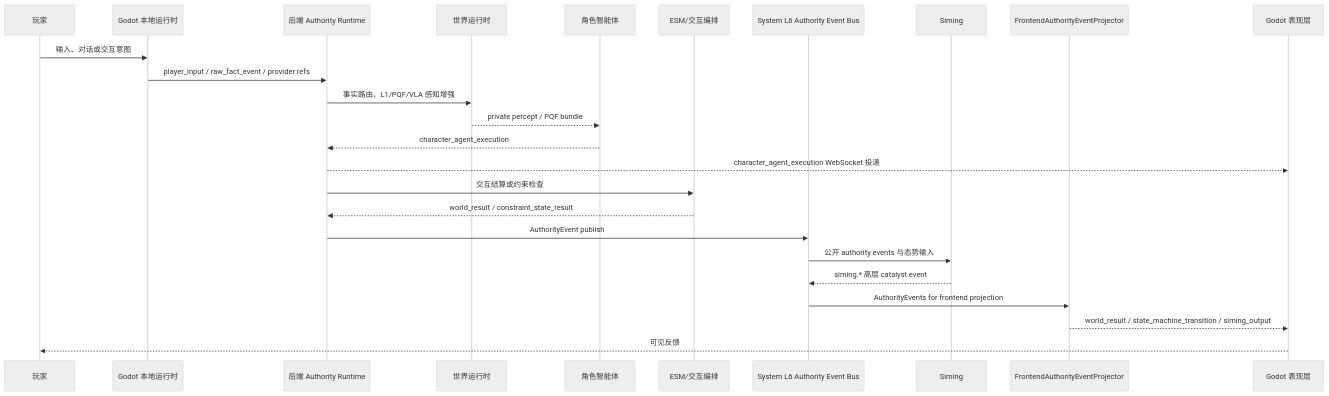
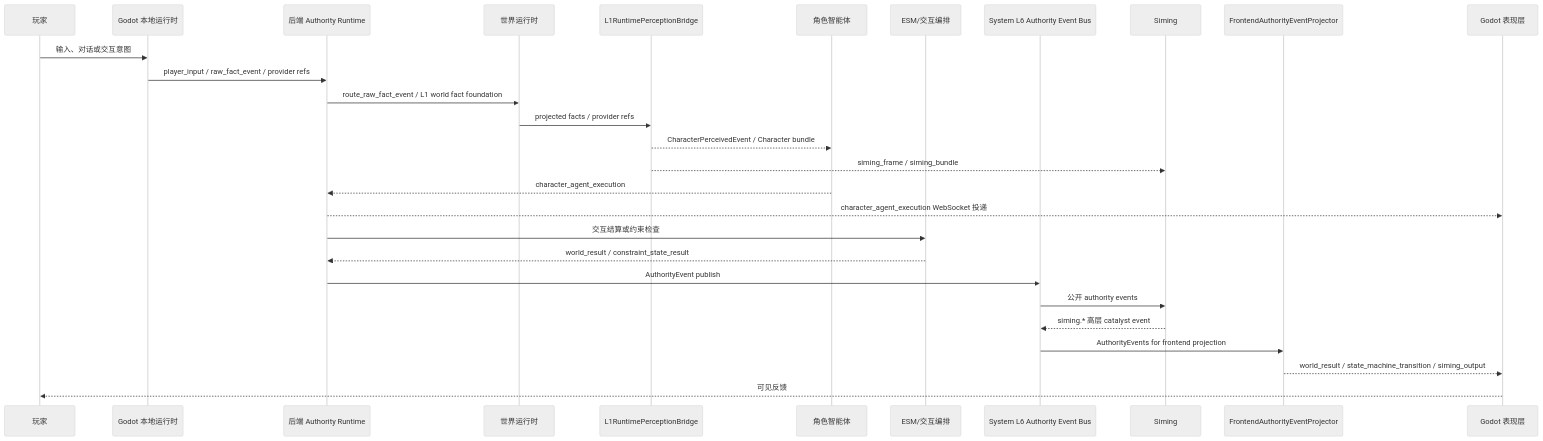
One commit to Dancing-coin/Paralls-phase0-1 changed the second of 3 diagrams in docs/架构/整体架构.md. Above: the diagram before and after it, drawn with Mermaid (neutral theme). The commit also changed other lines of this file and 3 other files, not shown here.

First line of the commit message:
Align the runtime architecture docs around the two-bridge model

````diff
--- a/docs/架构/整体架构.md
+++ b/docs/架构/整体架构.md
@@ -270,28 +282,31 @@
 ```mermaid
 sequenceDiagram
     participant Player as 玩家
     participant Godot as Godot 本地运行时
     participant Backend as 后端 Authority Runtime
     participant WorldRuntime as 世界运行时
+    participant L1Bridge as L1RuntimePerceptionBridge
     participant Character as 角色智能体
     participant ESM as ESM/交互编排
     participant L6 as System L6 Authority Event Bus
     participant Siming as Siming
     participant Projector as FrontendAuthorityEventProjector
     participant Presentation as Godot 表现层
 
     Player->>Godot: 输入、对话或交互意图
     Godot->>Backend: player_input / raw_fact_event / provider refs
-    Backend->>WorldRuntime: 事实路由、L1/PQF/VLA 感知增强
-    WorldRuntime-->>Character: private percept / PQF bundle
+    Backend->>WorldRuntime: route_raw_fact_event / L1 world fact foundation
+    WorldRuntime->>L1Bridge: projected facts / provider refs
+    L1Bridge-->>Character: CharacterPerceivedEvent / Character bundle
+    L1Bridge-->>Siming: siming_frame / siming_bundle
     Character-->>Backend: character_agent_execution
     Backend-->>Presentation: character_agent_execution WebSocket 投递
     Backend->>ESM: 交互结算或约束检查
     ESM-->>Backend: world_result / constraint_state_result
     Backend->>L6: AuthorityEvent publish
-    L6->>Siming: 公开 authority events 与态势输入
+    L6->>Siming: 公开 authority events
     Siming-->>L6: siming.* 高层 catalyst event
     L6->>Projector: AuthorityEvents for frontend projection
     Projector-->>Presentation: world_result / state_machine_transition / siming_output
     Presentation-->>Player: 可见反馈
 ```
````
